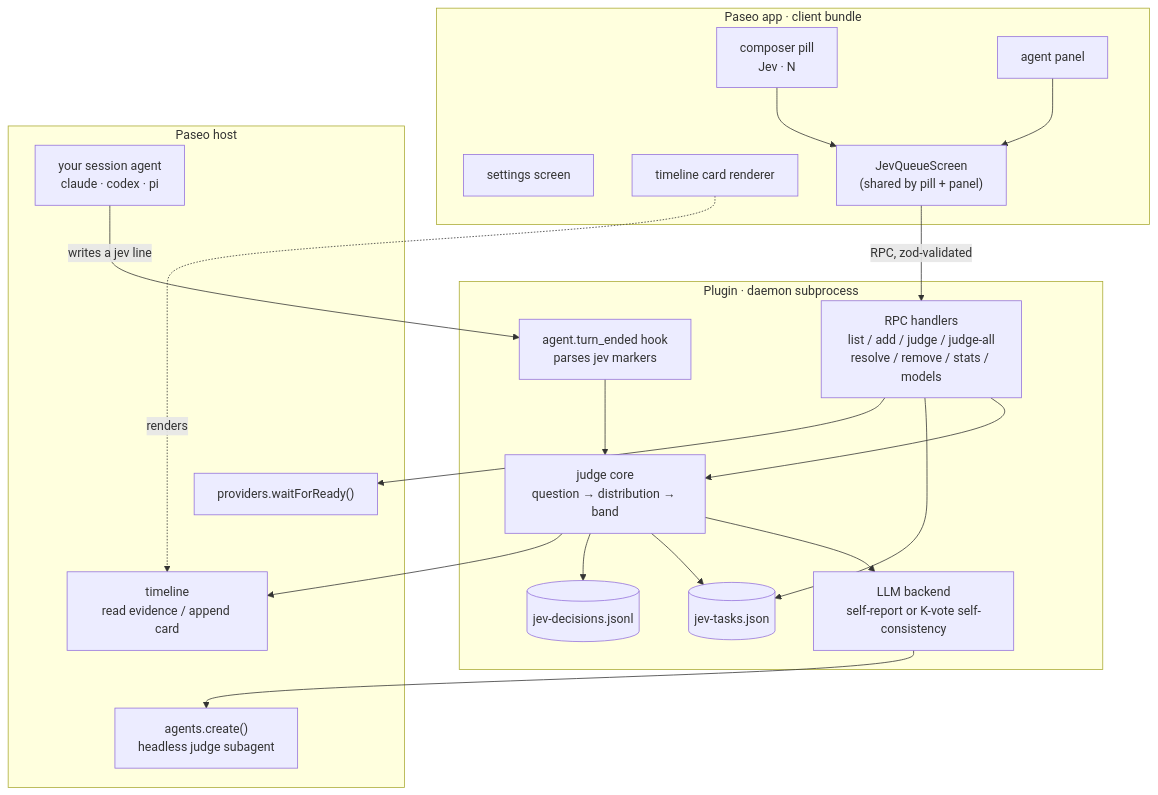
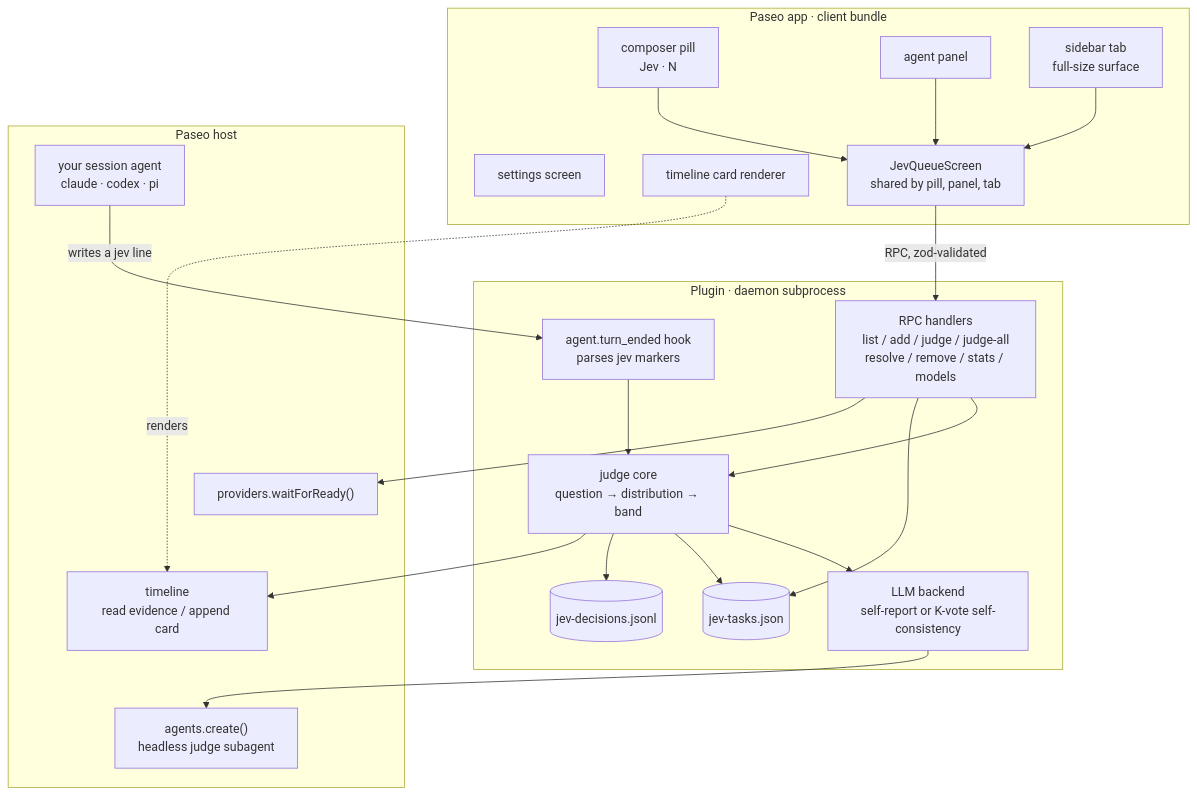
One commit to hypnguyen1209/jev-paseo changed the first of 3 diagrams in README.md. Above: the diagram before and after it, drawn with Mermaid. The commit also changed other lines of this file and 2 other files, not shown here.

Commit message:
feat: open Jev as its own full-size sidebar tab
Add a plugin surface + sidebar item so Jev opens as a tab like a session,
not just a cramped composer popover. The surface lists live sessions over
one agents subscription (the same one the pill uses), lets you pick one,
and renders the existing JevQueueScreen at full width. Older hosts without
addSurface/addSidebarItem fall back to the docked panel. Command center
now opens the surface when available.

Reuses JevQueueScreen unchanged; only the session picker is new.

````diff
--- a/README.md
+++ b/README.md
@@ -23,41 +23,43 @@
 ```mermaid
 flowchart TB
   subgraph app["Paseo app · client bundle"]
     pill["composer pill<br/>Jev · N"]
     panel["agent panel"]
+    surf["sidebar tab<br/>full-size surface"]
     setg["settings screen"]
     card["timeline card renderer"]
-    queue["JevQueueScreen<br/>(shared by pill + panel)"]
+    queue["JevQueueScreen<br/>shared by pill, panel, tab"]
     pill --> queue
     panel --> queue
+    surf --> queue
   end
 
   subgraph plug["Plugin · daemon subprocess"]
     rpc["RPC handlers<br/>list / add / judge / judge-all<br/>resolve / remove / stats / models"]
     hook["agent.turn_ended hook<br/>parses jev markers"]
     core["judge core<br/>question → distribution → band"]
     be["LLM backend<br/>self-report or K-vote self-consistency"]
     store[("jev-tasks.json")]
     logf[("jev-decisions.jsonl")]
     rpc --> core
     hook --> core
     core --> be
     rpc --> store
     core --> store
     core --> logf
   end
 
   subgraph host["Paseo host"]
     prov["providers.waitForReady()"]
     sub["agents.create()<br/>headless judge subagent"]
     tl["timeline<br/>read evidence / append card"]
     sess["your session agent<br/>claude · codex · pi"]
   end
 
   queue -->|"RPC, zod-validated"| rpc
   rpc --> prov
   be --> sub
   core --> tl
   card -.->|renders| tl
   sess -->|"writes a jev line"| hook
 ```
````
